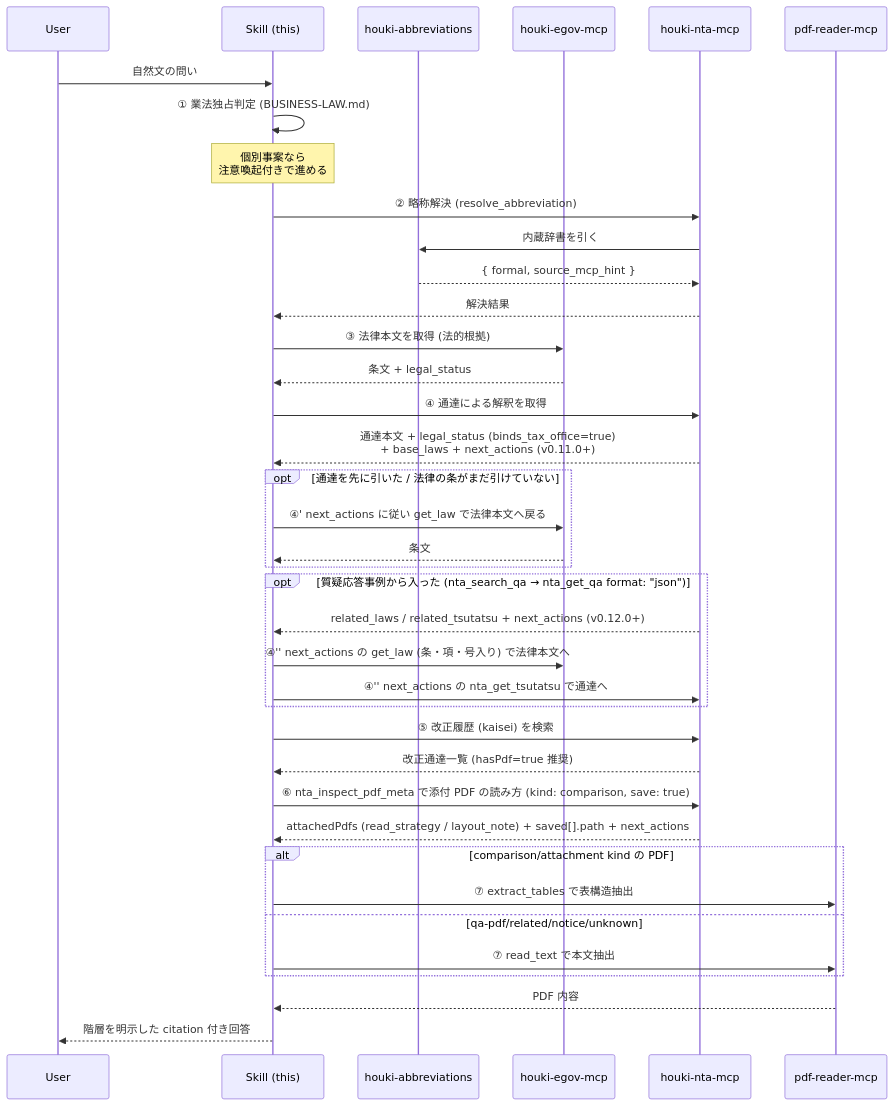
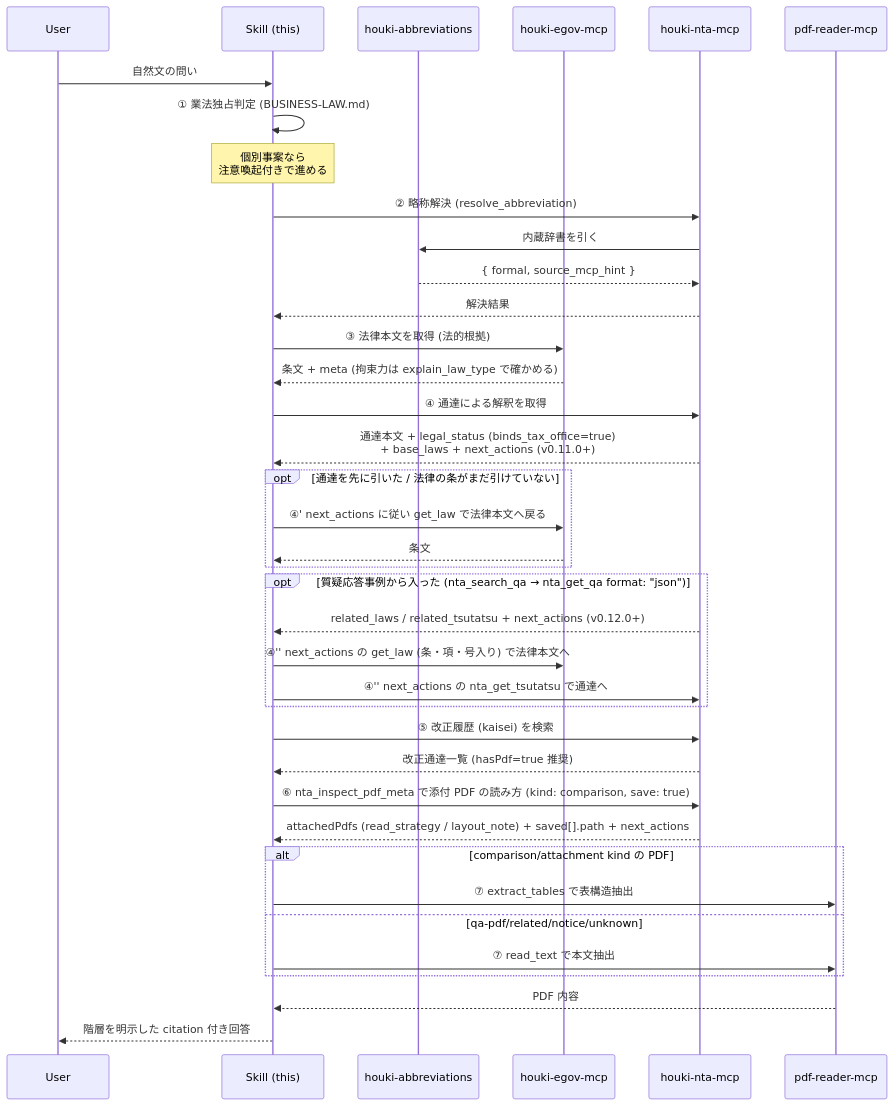
One commit to shuji-bonji/houki-research-skill changed the first of 2 diagrams in skills/houki-research/workflows/tax-research.md. Above: the diagram before and after it, drawn with Mermaid. The commit also changed other lines of this file and 7 other files, not shown here.

````diff
--- a/skills/houki-research/workflows/tax-research.md
+++ b/skills/houki-research/workflows/tax-research.md
@@ -18,49 +18,49 @@
 ```mermaid
 sequenceDiagram
     participant U as User
     participant S as Skill (this)
     participant A as houki-abbreviations
     participant E as houki-egov-mcp
     participant N as houki-nta-mcp
     participant P as pdf-reader-mcp
 
     U->>S: 自然文の問い
     S->>S: ① 業法独占判定 (BUSINESS-LAW.md)
     Note over S: 個別事案なら<br/>注意喚起付きで進める
 
     S->>N: ② 略称解決 (resolve_abbreviation)
     N->>A: 内蔵辞書を引く
     A-->>N: { formal, source_mcp_hint }
     N-->>S: 解決結果
 
     S->>E: ③ 法律本文を取得 (法的根拠)
-    E-->>S: 条文 + legal_status
+    E-->>S: 条文 + meta (拘束力は explain_law_type で確かめる)
 
     S->>N: ④ 通達による解釈を取得
     N-->>S: 通達本文 + legal_status (binds_tax_office=true)<br/>+ base_laws + next_actions (v0.11.0+)
     opt 通達を先に引いた / 法律の条がまだ引けていない
         S->>E: ④' next_actions に従い get_law で法律本文へ戻る
         E-->>S: 条文
     end
 
     opt 質疑応答事例から入った (nta_search_qa → nta_get_qa format: "json")
         N-->>S: related_laws / related_tsutatsu + next_actions (v0.12.0+)
         S->>E: ④'' next_actions の get_law (条・項・号入り) で法律本文へ
         S->>N: ④'' next_actions の nta_get_tsutatsu で通達へ
     end
 
     S->>N: ⑤ 改正履歴 (kaisei) を検索
     N-->>S: 改正通達一覧 (hasPdf=true 推奨)
 
     S->>N: ⑥ nta_inspect_pdf_meta で添付 PDF の読み方 (kind: comparison, save: true)
     N-->>S: attachedPdfs (read_strategy / layout_note) + saved[].path + next_actions
 
     alt comparison/attachment kind の PDF
         S->>P: ⑦ extract_tables で表構造抽出
     else qa-pdf/related/notice/unknown
         S->>P: ⑦ read_text で本文抽出
     end
     P-->>S: PDF 内容
 
     S-->>U: 階層を明示した citation 付き回答
 ```
````
